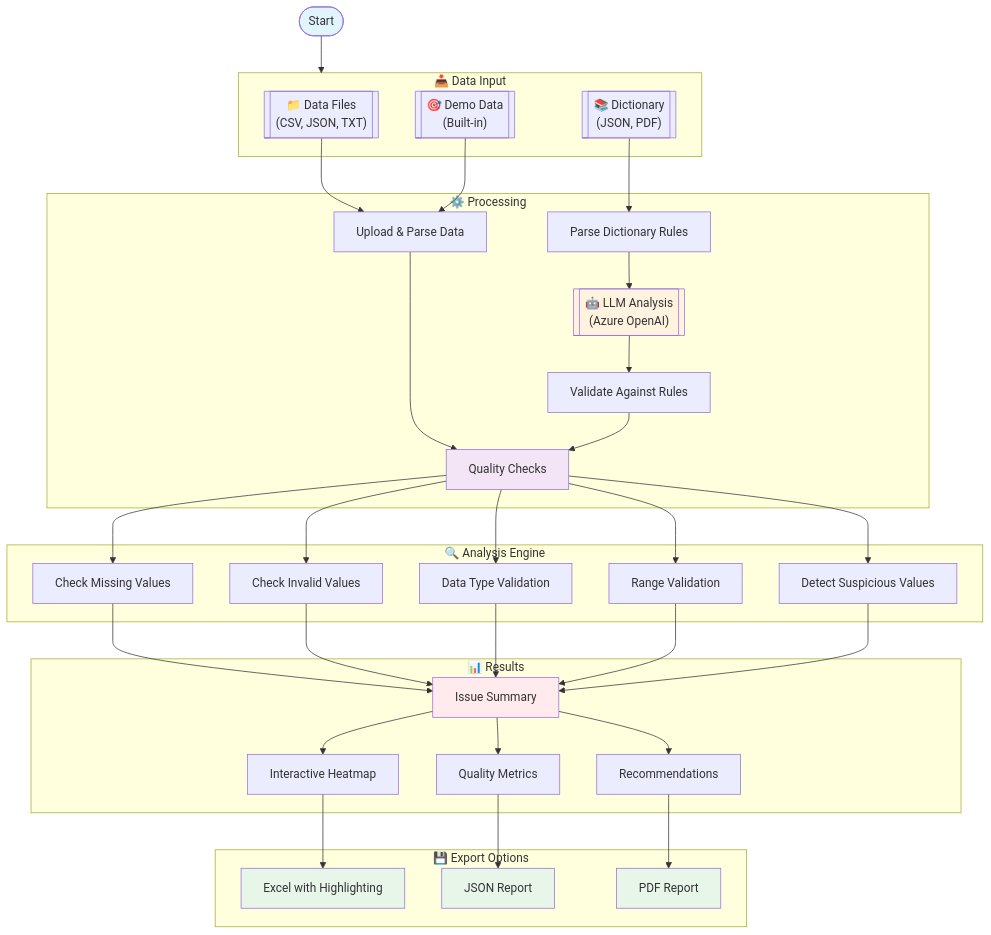
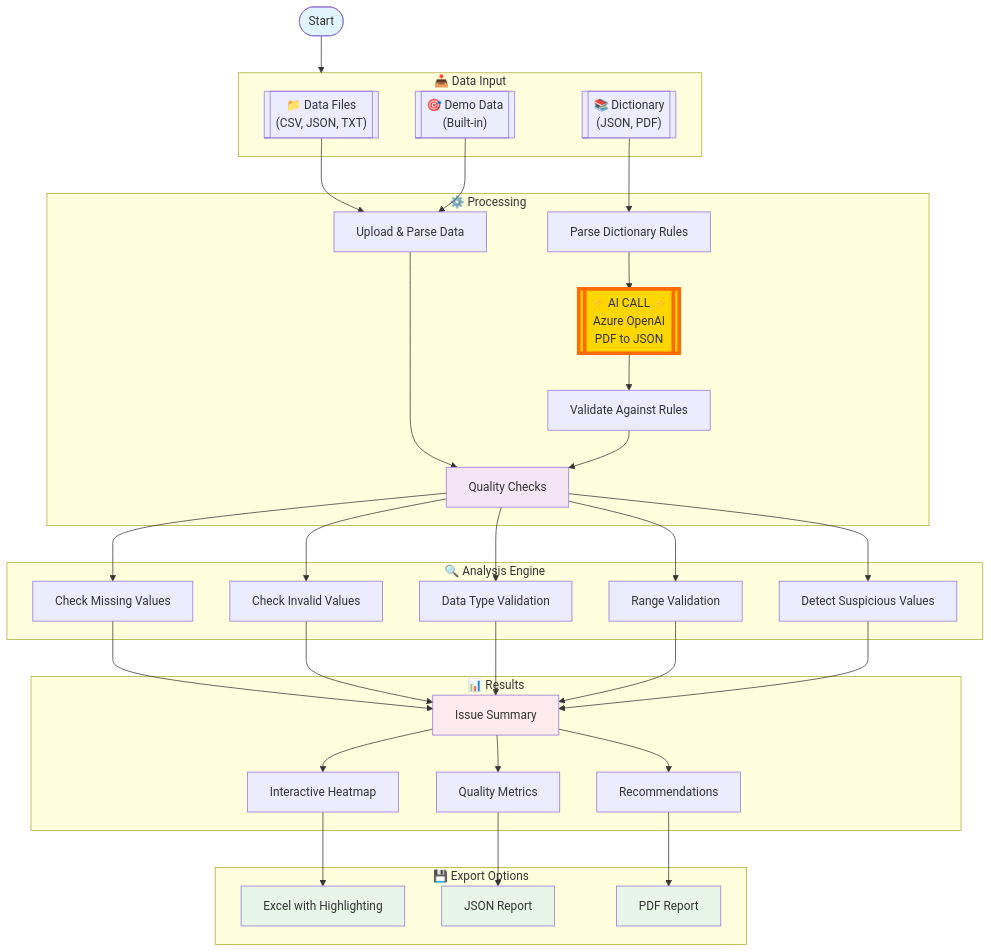
The diagram in assets/data_flow_diagram.mmd (sagearbor/data-analyzer), drawn with Mermaid before and after one commit. The commit also changed 16 other files, not shown here.

First line of the commit message:
Refactor deployment configs and enhance diagrams

```diff
--- a/assets/data_flow_diagram.mmd
+++ b/assets/data_flow_diagram.mmd
@@ -1,75 +1,75 @@
 flowchart TD
     Start([Start])
 
     subgraph Input["📥 Data Input"]
         DataFile[["📁 Data Files<br/>(CSV, JSON, TXT)"]]
         Dictionary[["📚 Dictionary<br/>(JSON, PDF)"]]
         DemoData[["🎯 Demo Data<br/>(Built-in)"]]
     end
 
     subgraph Processing["⚙️ Processing"]
         Upload[Upload & Parse Data]
         ParseDict[Parse Dictionary Rules]
-        LLM[["🤖 LLM Analysis<br/>(Azure OpenAI)"]]
+        LLM[["⚡ AI CALL ⚡<br/>Azure OpenAI<br/>PDF to JSON"]]
         Validate[Validate Against Rules]
         QualityCheck[Quality Checks]
     end
 
     subgraph Analysis["🔍 Analysis Engine"]
         Missing[Check Missing Values]
         Invalid[Check Invalid Values]
         TypeCheck[Data Type Validation]
         RangeCheck[Range Validation]
         Suspicious[Detect Suspicious Values]
     end
 
     subgraph Results["📊 Results"]
         Issues[Issue Summary]
         Heatmap[Interactive Heatmap]
         Metrics[Quality Metrics]
         Recommendations[Recommendations]
     end
 
     subgraph Export["💾 Export Options"]
         Excel[Excel with Highlighting]
         JSON[JSON Report]
         PDF[PDF Report]
     end
 
     Start --> Input
     DataFile --> Upload
     Dictionary --> ParseDict
     DemoData --> Upload
 
     Upload --> QualityCheck
     ParseDict --> LLM
     LLM --> Validate
     Validate --> QualityCheck
 
     QualityCheck --> Missing
     QualityCheck --> Invalid
     QualityCheck --> TypeCheck
     QualityCheck --> RangeCheck
     QualityCheck --> Suspicious
 
     Missing --> Issues
     Invalid --> Issues
     TypeCheck --> Issues
     RangeCheck --> Issues
     Suspicious --> Issues
 
     Issues --> Heatmap
     Issues --> Metrics
     Issues --> Recommendations
 
     Heatmap --> Excel
     Metrics --> JSON
     Recommendations --> PDF
 
     style Start fill:#e1f5fe
-    style LLM fill:#fff3e0
+    style LLM fill:#ffd700,stroke:#ff6b00,stroke-width:5px
     style QualityCheck fill:#f3e5f5
     style Issues fill:#ffebee
     style Excel fill:#e8f5e9
     style JSON fill:#e8f5e9
     style PDF fill:#e8f5e9
```
